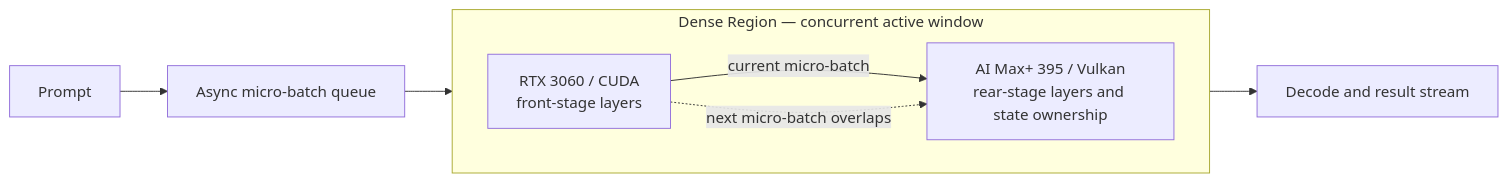
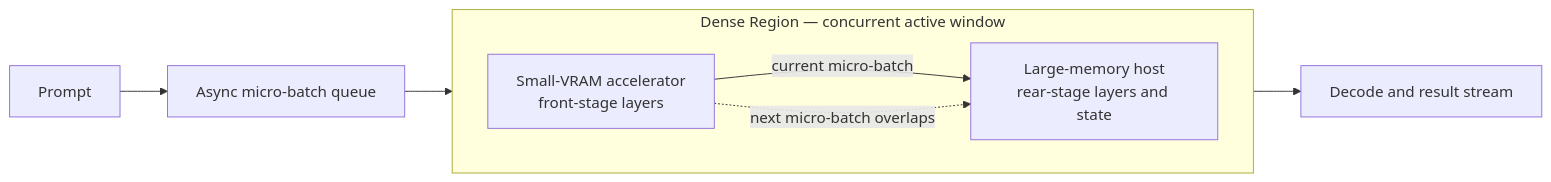
Before and after one commit to Soulmate-Halo/heterogeneous-gpu-pd-lab: the diagram in README.md, drawn with Mermaid. The commit also changed other lines of this file, not shown here.

````diff
--- a/README.md
+++ b/README.md
@@ -27,11 +11,11 @@
 ```mermaid
 flowchart LR
     P[Prompt] --> Q[Async micro-batch queue]
     subgraph D["Dense Region — concurrent active window"]
         direction LR
-        N[RTX 3060 / CUDA<br/>front-stage layers] -->|current micro-batch| A[AI Max+ 395 / Vulkan<br/>rear-stage layers and state ownership]
+        N[Small-VRAM accelerator<br/>front-stage layers] -->|current micro-batch| A[Large-memory host<br/>rear-stage layers and state]
     end
     Q --> N
     A --> O[Decode and result stream]
     N -. next micro-batch overlaps .-> A
 ```
````
